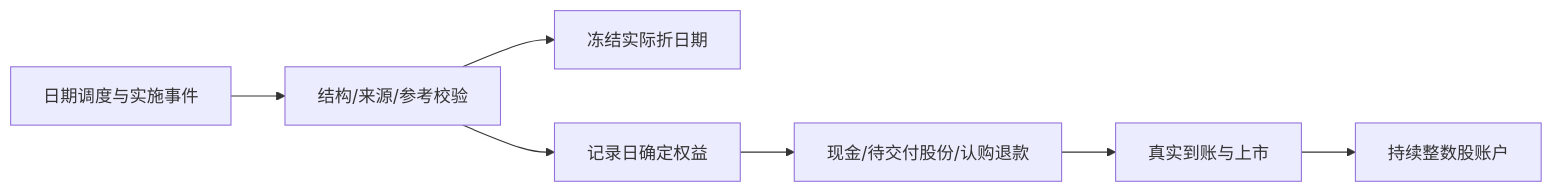
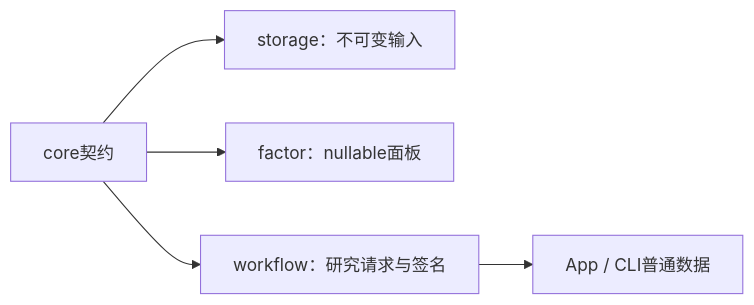
One commit to Dennishaha/JFQuant changed the diagram in crates/core/README.md. Above: the diagram before and after it, drawn with Mermaid. The commit also changed other lines of this file and 97 other files, not shown here.

````diff
--- a/crates/core/README.md
+++ b/crates/core/README.md
@@ -111,9 +6,7 @@
 ```mermaid
 flowchart LR
-  S[日期调度与实施事件] --> V[结构/来源/参考校验]
-  V --> F[冻结实际折日期]
-  V --> R[记录日确定权益]
-  R --> C[现金/待交付股份/认购退款]
-  C --> L[真实到账与上市]
-  L --> A[持续整数股账户]
+ C[core契约] --> S[storage：不可变输入]
+ C --> F[factor：nullable面板]
+ C --> W[workflow：研究请求与签名]
+ W --> A[App / CLI普通数据]
 ```
````
